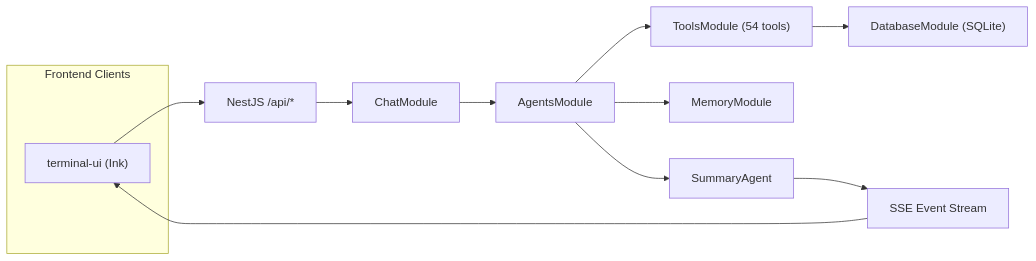
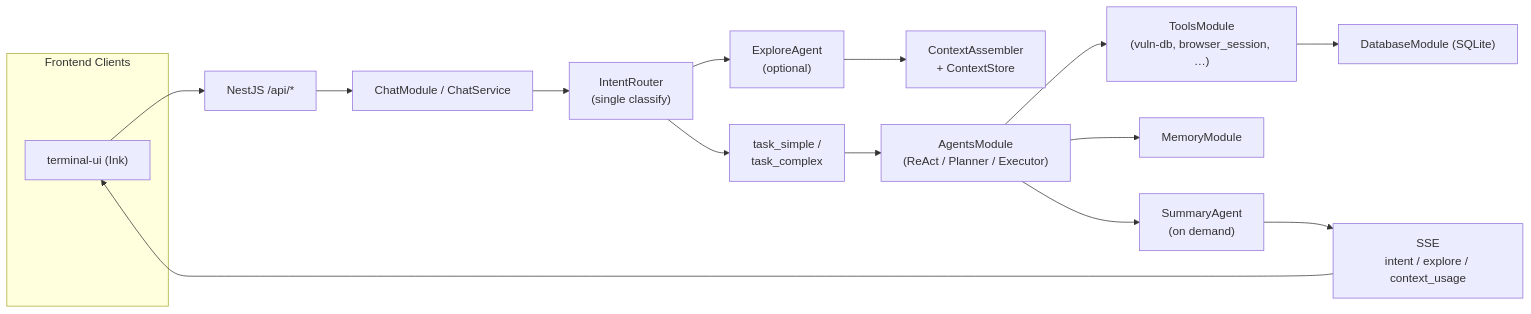
Before and after one commit to iammm0/secbot: the diagram in README_EN.md, drawn with Mermaid. The commit also changed other lines of this file and 3 other files, not shown here.

````diff
--- a/README_EN.md
+++ b/README_EN.md
@@ -61,17 +63,21 @@
 ```mermaid
 flowchart LR
   subgraph Clients["Frontend Clients"]
     tui["terminal-ui (Ink)"]
   end
 
   tui --> api["NestJS /api/*"]
 
-  api --> chat["ChatModule"]
-  chat --> agents["AgentsModule"]
-  agents --> tools["ToolsModule (54 tools)"]
+  api --> chat["ChatModule / ChatService"]
+  chat --> intent["IntentRouter\n(single classify)"]
+  intent --> explore["ExploreAgent\n(optional)"]
+  explore --> ctx["ContextAssembler\n+ ContextStore"]
+  intent --> task["task_simple /\ntask_complex"]
+  task --> agents["AgentsModule\n(ReAct / Planner / Executor)"]
+  agents --> tools["ToolsModule\n(vuln-db, browser_session, …)"]
   tools --> db["DatabaseModule (SQLite)"]
   agents --> memory["MemoryModule"]
-  agents --> summary["SummaryAgent"]
-  summary --> sse["SSE Event Stream"]
+  agents --> summary["SummaryAgent\n(on demand)"]
+  summary --> sse["SSE\nintent / explore / context_usage"]
   sse --> tui
 ```
````
